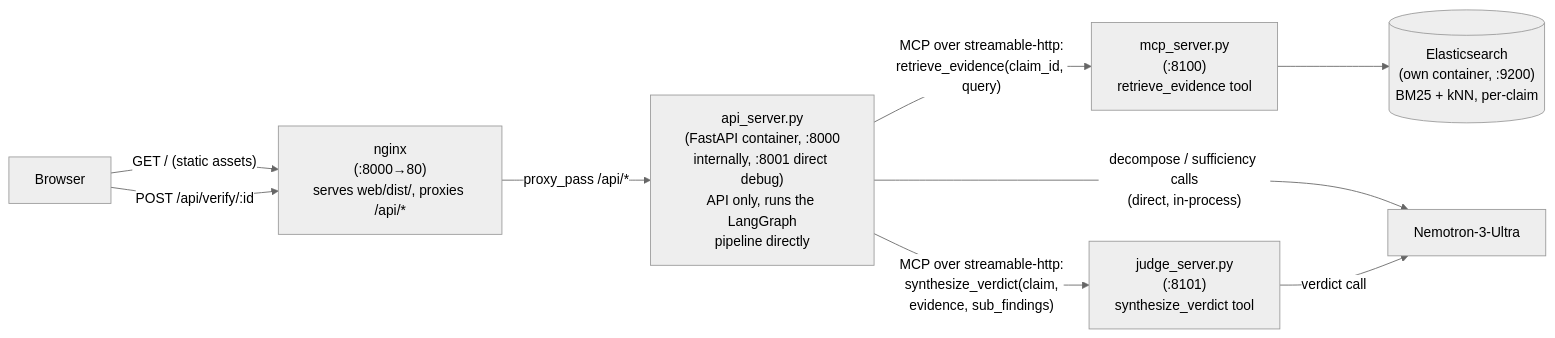
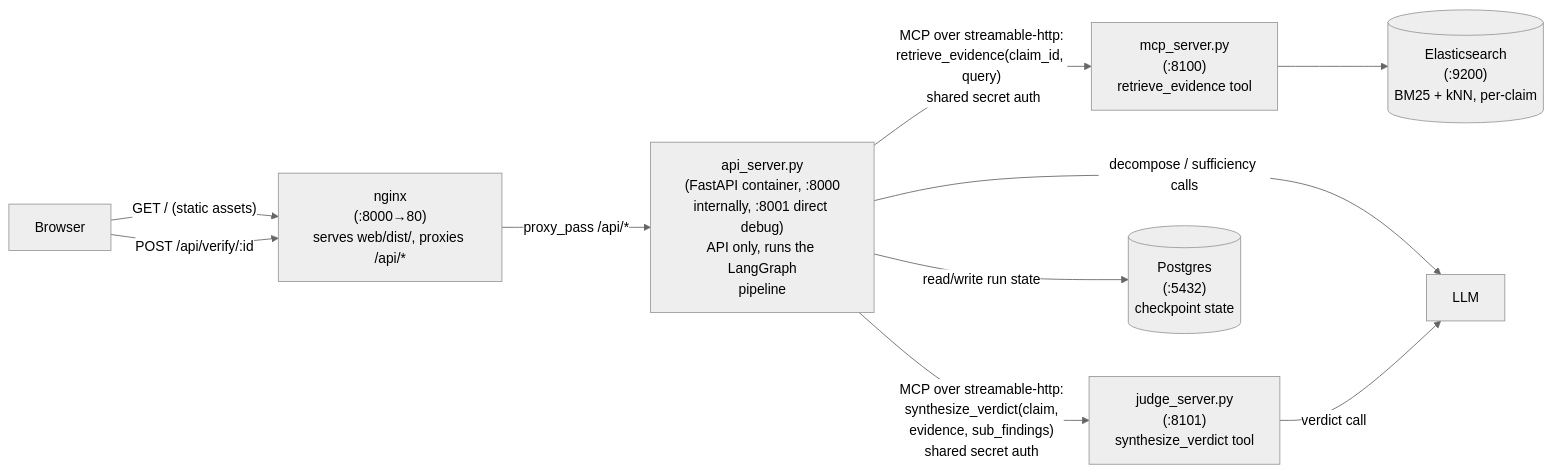
Before and after one commit to zhL-d/agentic-fact-verifier: the first of 2 diagrams in README.md, drawn with Mermaid (neutral theme). The commit also changed other lines of this file, not shown here.

````diff
--- a/README.md
+++ b/README.md
@@ -27,19 +50,21 @@
 ```mermaid
 flowchart LR
     Browser["Browser"]
     Nginx["nginx<br/>(:8000→80)<br/>serves web/dist/, proxies /api/*"]
-    ApiServer["api_server.py<br/>(FastAPI container, :8000<br/>internally, :8001 direct debug)<br/>API only, runs the LangGraph<br/>pipeline directly"]
+    ApiServer["api_server.py<br/>(FastAPI container, :8000<br/>internally, :8001 direct debug)<br/>API only, runs the LangGraph<br/>pipeline"]
     RetrievalServer["mcp_server.py<br/>(:8100)<br/>retrieve_evidence tool"]
     JudgeServer["judge_server.py<br/>(:8101)<br/>synthesize_verdict tool"]
-    ES[("Elasticsearch<br/>(own container, :9200)<br/>BM25 + kNN, per-claim")]
-    Fireworks["Nemotron-3-Ultra"]
+    ES[("Elasticsearch<br/>(:9200)<br/>BM25 + kNN, per-claim")]
+    LLM["LLM<br/>"]
+    Checkpoint[("Postgres<br/>(:5432)<br/>checkpoint state")]
 
     Browser -- "GET / (static assets)" --> Nginx
     Browser -- "POST /api/verify/:id" --> Nginx
     Nginx -- "proxy_pass /api/*" --> ApiServer
-    ApiServer -- "MCP over streamable-http:<br/>retrieve_evidence(claim_id, query)" --> RetrievalServer
+    ApiServer -- "MCP over streamable-http:<br/>retrieve_evidence(claim_id, query)<br/> shared secret auth" --> RetrievalServer
     RetrievalServer --> ES
-    ApiServer -- "decompose / sufficiency calls<br/>(direct, in-process)" --> Fireworks
-    ApiServer -- "MCP over streamable-http:<br/>synthesize_verdict(claim,<br/>evidence, sub_findings)" --> JudgeServer
-    JudgeServer -- "verdict call" --> Fireworks
+    ApiServer -- "decompose / sufficiency calls<br/>" --> LLM
+    ApiServer -- "MCP over streamable-http:<br/>synthesize_verdict(claim,<br/>evidence, sub_findings)<br/> shared secret auth" --> JudgeServer
+    JudgeServer -- "verdict call" --> LLM
+    ApiServer -- "read/write run state" --> Checkpoint
 ```
````
